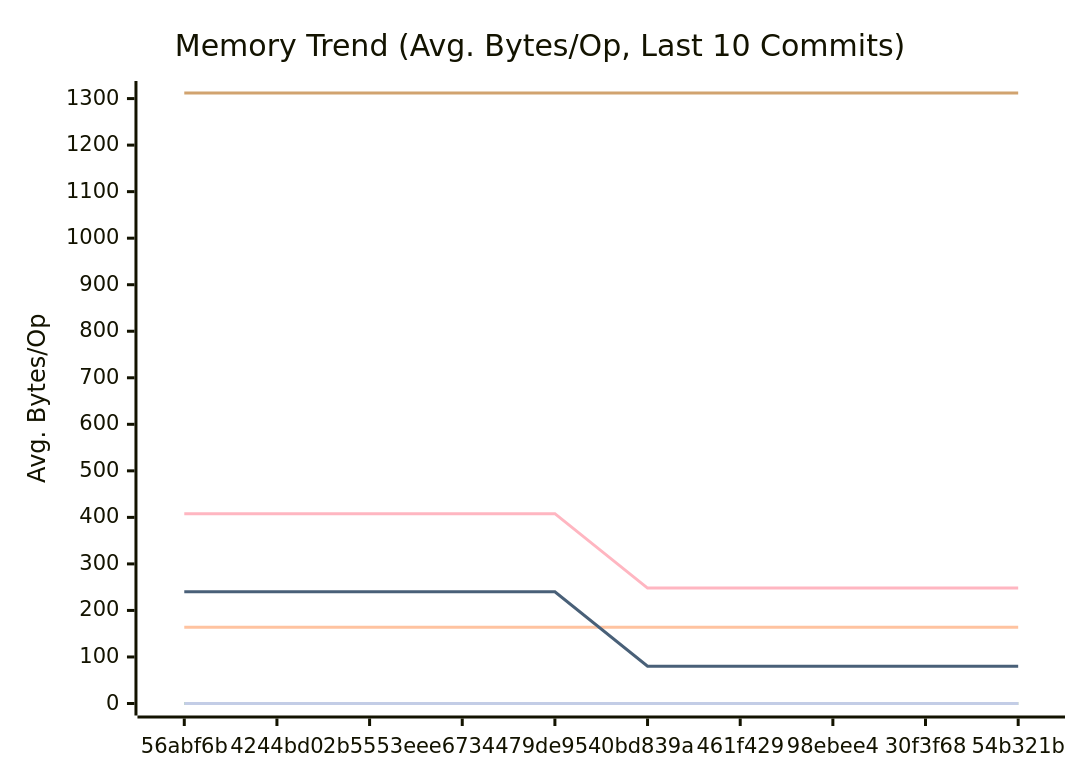
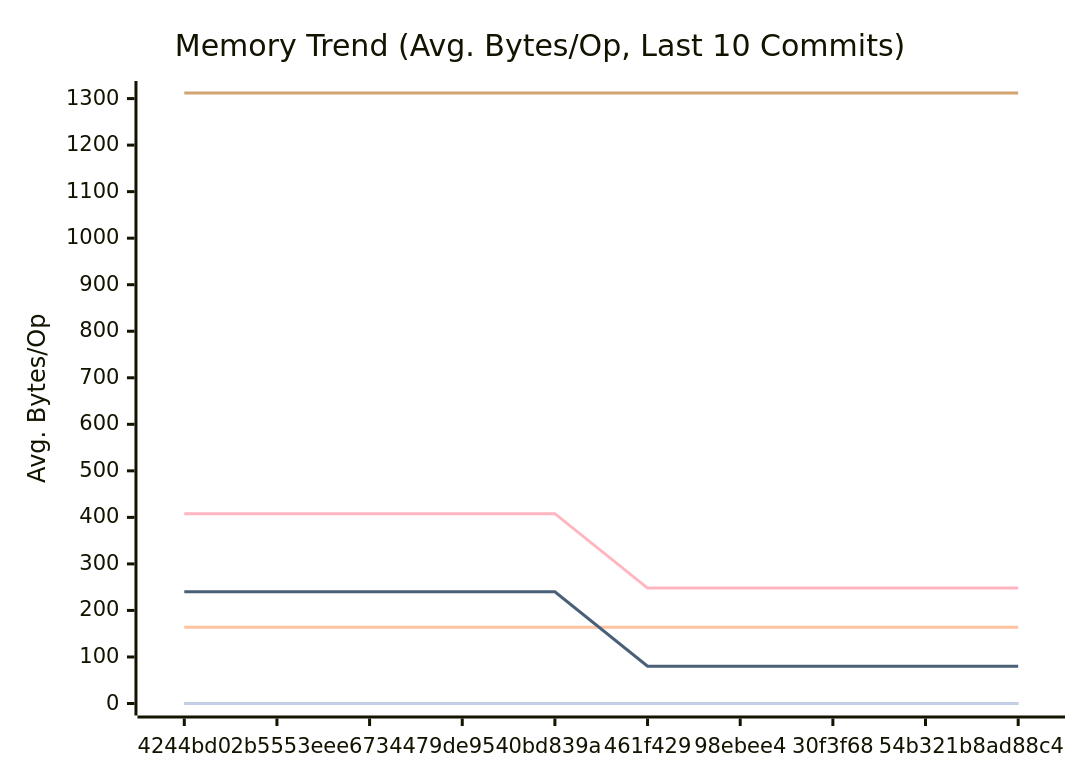
One commit to alsotoes/momo changed the second of 3 diagrams in docs/PERFORMANCE.md. Above: the diagram before and after it, drawn with Mermaid. The commit also changed other lines of this file and 2 other files, not shown here.

````diff
--- a/docs/PERFORMANCE.md
+++ b/docs/PERFORMANCE.md
@@ -97,16 +142,16 @@
 ```mermaid
 xychart-beta
     title "Memory Trend (Avg. Bytes/Op, Last 10 Commits)"
     x-axis "Commit"
     y-axis "Avg. Bytes/Op"
-    x-axis [56abf6b,4244bd0,2b5553e,ee67344,79de954,0bd839a,461f429,98ebee4,30f3f68,54b321b]
+    x-axis [4244bd0,2b5553e,ee67344,79de954,0bd839a,461f429,98ebee4,30f3f68,54b321b,8ad88c4]
     line "CheckMetricsAndSwap" [0,0,0,0,0,0,0,0,0,0]
     line "CrushOptimized" [0,0,0,0,0,0,0,0,0,0]
     line "CrushOriginal" [164,164,164,164,164,164,164,164,164,164]
     line "IndexDirectTracking" [0,0,0,0,0,0,0,0,0,0]
     line "IndexSearch" [0,0,0,0,0,0,0,0,0,0]
     line "LoadGlobalConfig" [1312,1312,1312,1312,1312,1312,1312,1312,1312,1312]
     line "PadString" [0,0,0,0,0,0,0,0,0,0]
     line "ParseReplicationOrder_NoPrealloc" [408,408,408,408,408,248,248,248,248,248]
     line "ParseReplicationOrder_Prealloc" [240,240,240,240,240,80,80,80,80,80]
 ```
````
